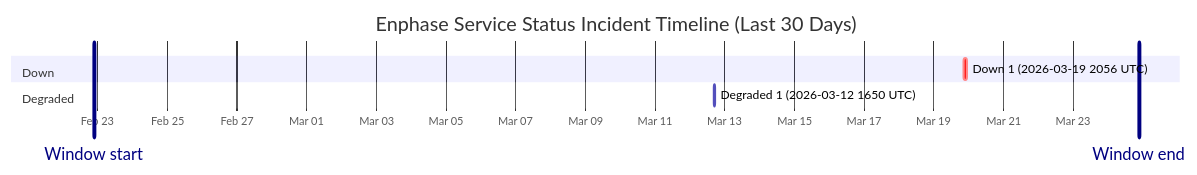
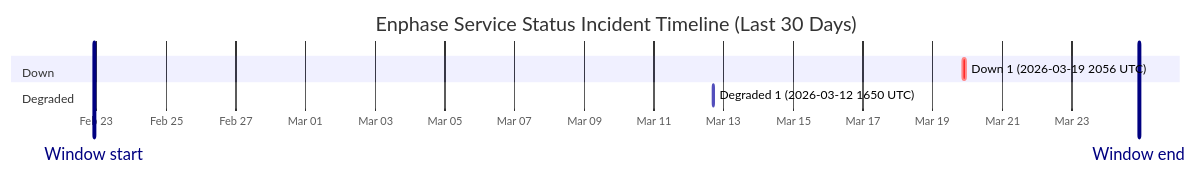
The diagram in wiki/Service-Status-History.md (barneyonline/ha-enphase-ev-charger), drawn with Mermaid before and after one commit. The commit also changed other lines of this file and 3 other files, not shown here.

````diff
--- a/wiki/Service-Status-History.md
+++ b/wiki/Service-Status-History.md
@@ -14,12 +14,12 @@
 ```mermaid
 gantt
     title Enphase Service Status Incident Timeline (Last 30 Days)
     dateFormat  YYYY-MM-DDTHH:mm:ss
     axisFormat  %b %d
-    Window start :vert, window-start, 2026-02-22T21:29:08, 0ms
-    Window end :vert, window-end, 2026-03-24T21:29:08, 0ms
+    Window start :vert, window-start, 2026-02-22T22:21:11, 0ms
+    Window end :vert, window-end, 2026-03-24T22:21:11, 0ms
     section Down
     Down 1 (2026-03-19 2056 UTC) :crit, down-1, 2026-03-19T20:56:20, 145m
     section Degraded
     Degraded 1 (2026-03-12 1650 UTC) :active, degraded-1, 2026-03-12T16:50:43, 60m
 ```
````
